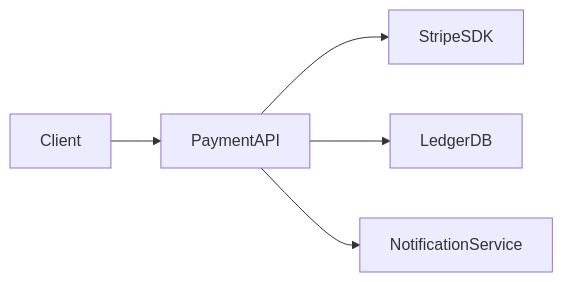
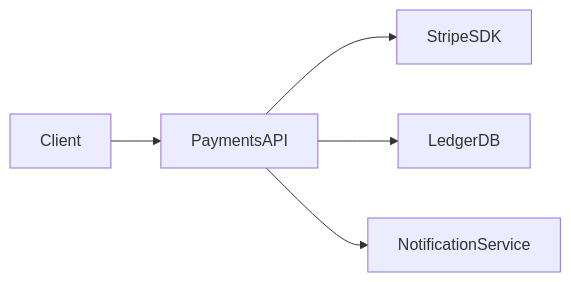
Before and after one commit to idvexchange/anchored-spec: the diagram in examples/backstage-inline/docs/payment-service.md, drawn with Mermaid. The commit also changed other lines of this file and 165 other files, not shown here.

````diff
--- a/examples/backstage-inline/docs/payment-service.md
+++ b/examples/backstage-inline/docs/payment-service.md
@@ -31,7 +37,7 @@
 ```mermaid
 graph LR
-    Client --> PaymentAPI
-    PaymentAPI --> StripeSDK
-    PaymentAPI --> LedgerDB
-    PaymentAPI --> NotificationService
+    Client --> PaymentsAPI
+    PaymentsAPI --> StripeSDK
+    PaymentsAPI --> LedgerDB
+    PaymentsAPI --> NotificationService
 ```
````
